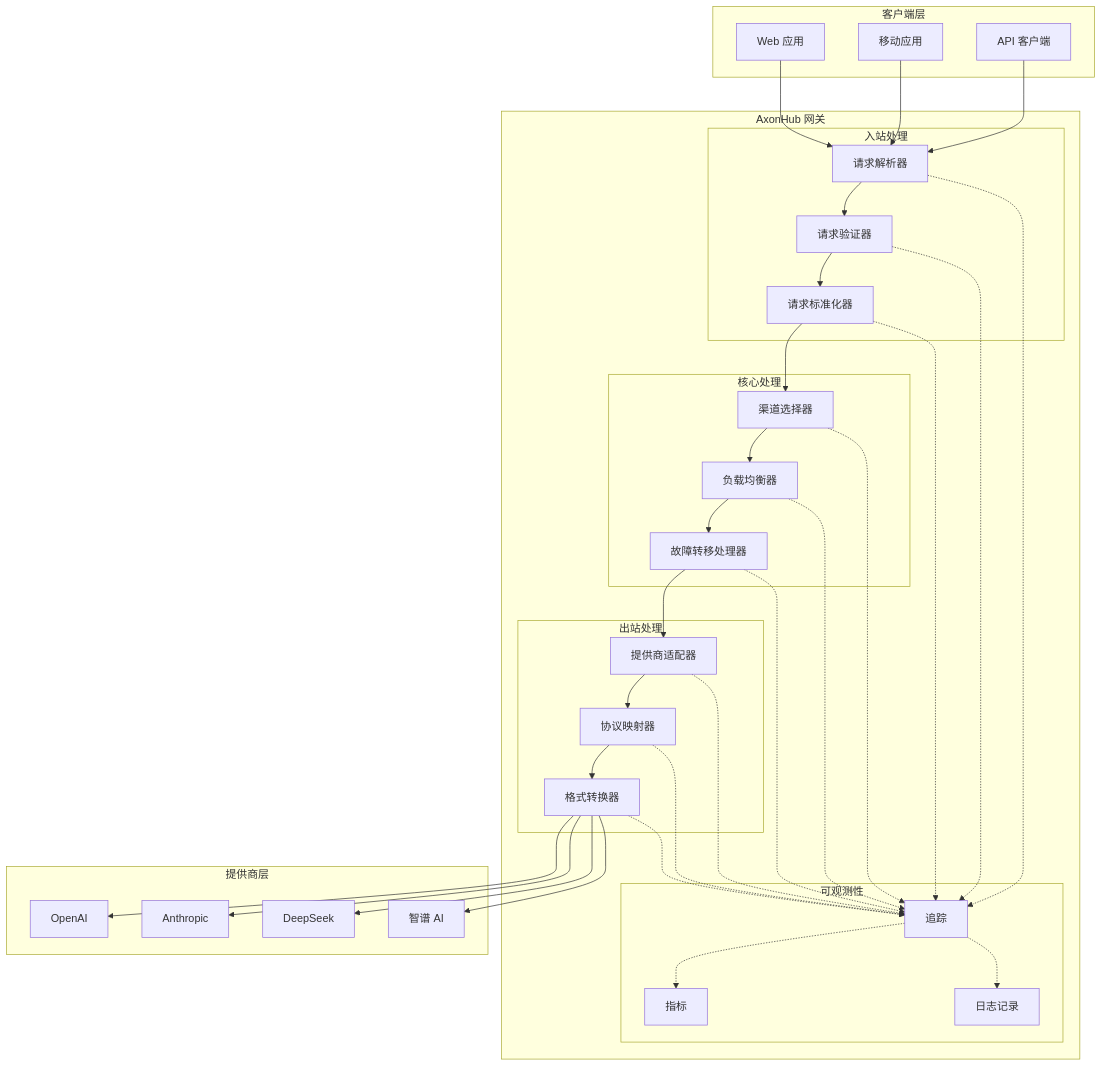
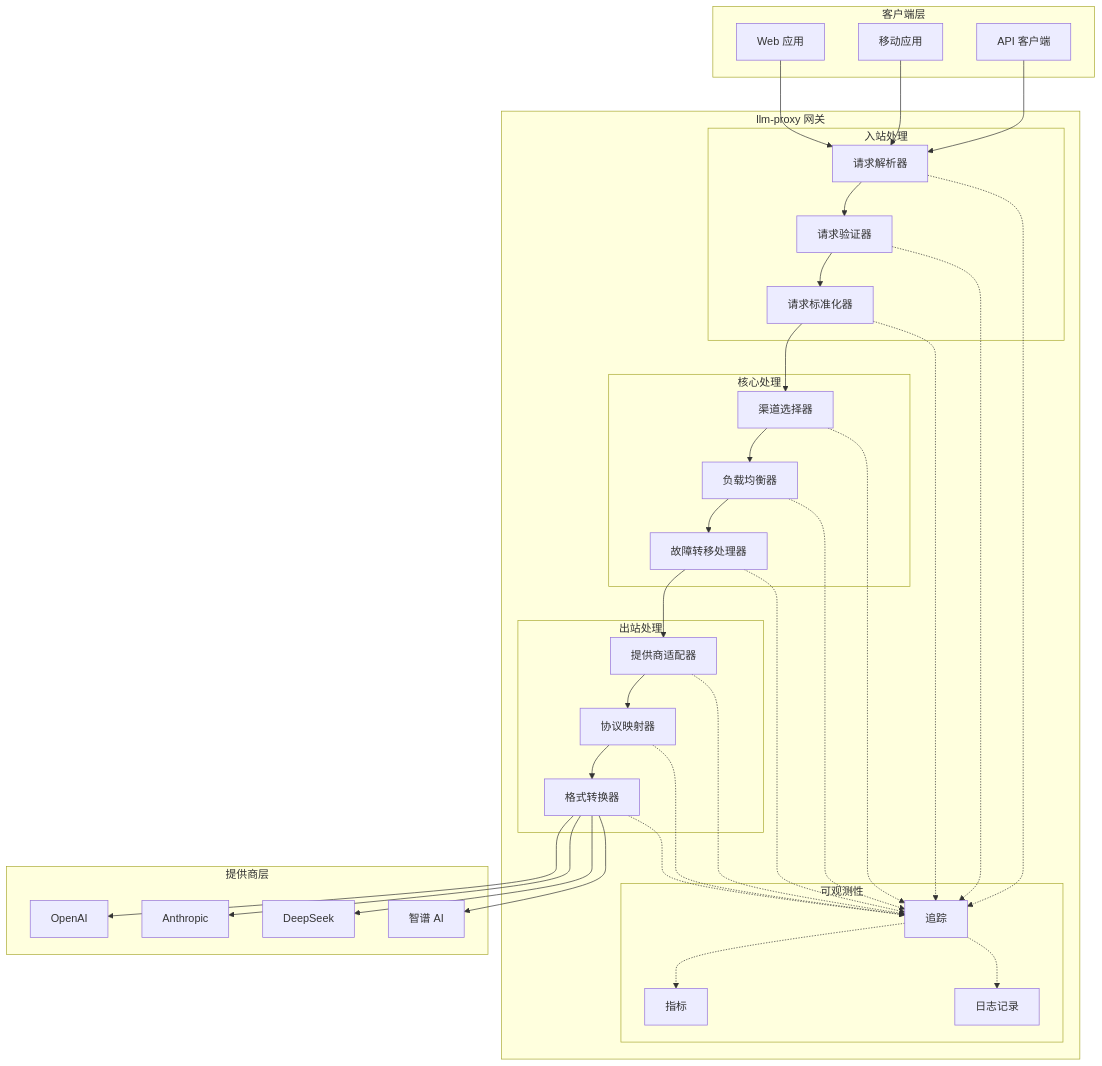
One commit to mutallipp/llm-proxy changed the diagram in docs/zh/development/transformation-flow.md. Above: the diagram before and after it, drawn with Mermaid. The commit also changed other lines of this file and 274 other files, not shown here.

First line of the commit message:
chore: 硬切换 axonhub → llm-proxy 品牌命名

````diff
--- a/docs/zh/development/transformation-flow.md
+++ b/docs/zh/development/transformation-flow.md
@@ -9,73 +9,73 @@
 ```mermaid
 graph TB
     subgraph "客户端层"
         A[Web 应用]
         B[移动应用]
         C[API 客户端]
     end
 
-    subgraph "AxonHub 网关"
+    subgraph "llm-proxy 网关"
         subgraph "入站处理"
             D[请求解析器]
             E[请求验证器]
             F[请求标准化器]
         end
 
         subgraph "核心处理"
             G[渠道选择器]
             H[负载均衡器]
             I[故障转移处理器]
         end
 
         subgraph "出站处理"
             J[提供商适配器]
             K[协议映射器]
             L[格式转换器]
         end
 
         subgraph "可观测性"
             M[追踪]
             N[指标]
             O[日志记录]
         end
     end
 
     subgraph "提供商层"
         P[OpenAI]
         Q[Anthropic]
         R[DeepSeek]
         S[智谱 AI]
     end
 
     A --> D
     B --> D
     C --> D
 
     D --> E
     E --> F
     F --> G
 
     G --> H
     H --> I
     I --> J
 
     J --> K
     K --> L
     L --> P
     L --> Q
     L --> R
     L --> S
 
     D -.-> M
     E -.-> M
     F -.-> M
     G -.-> M
     H -.-> M
     I -.-> M
     J -.-> M
     K -.-> M
     L -.-> M
 
     M -.-> N
     M -.-> O
 ```
````
